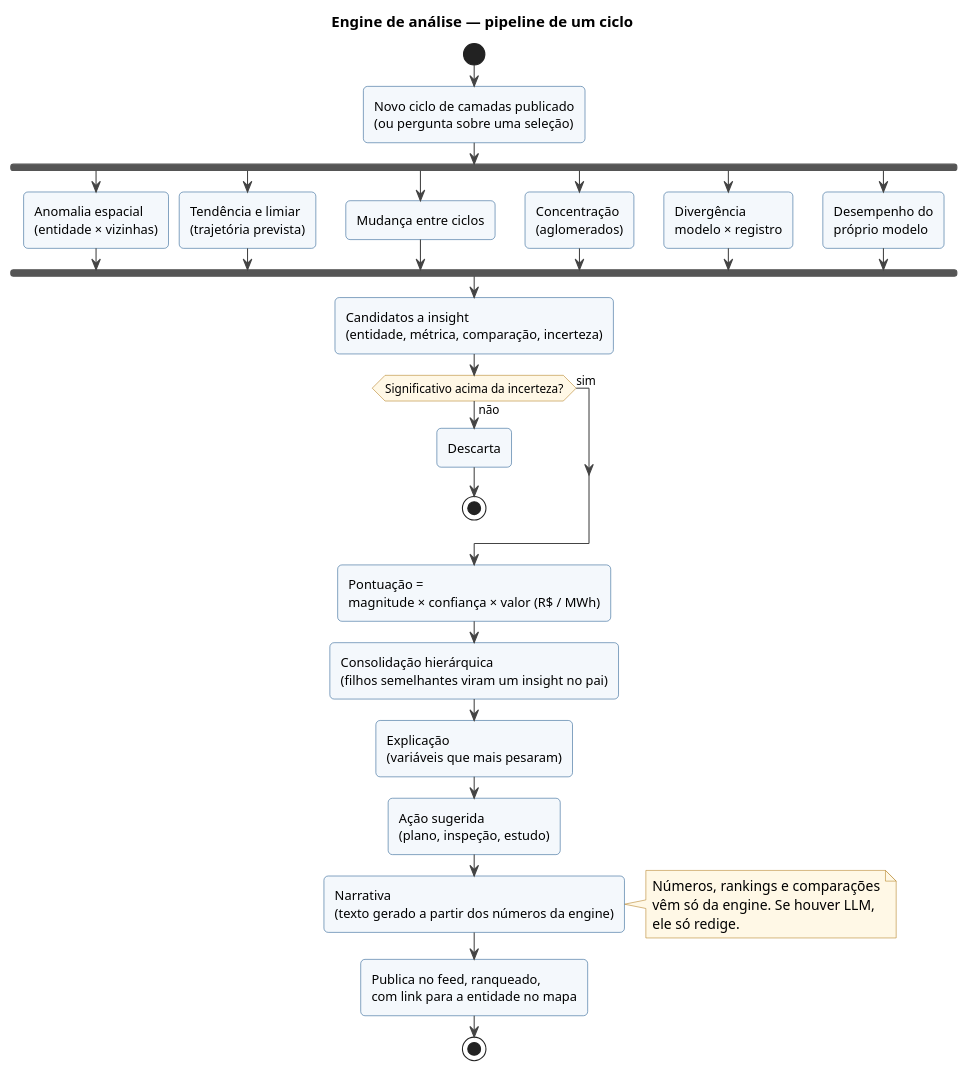
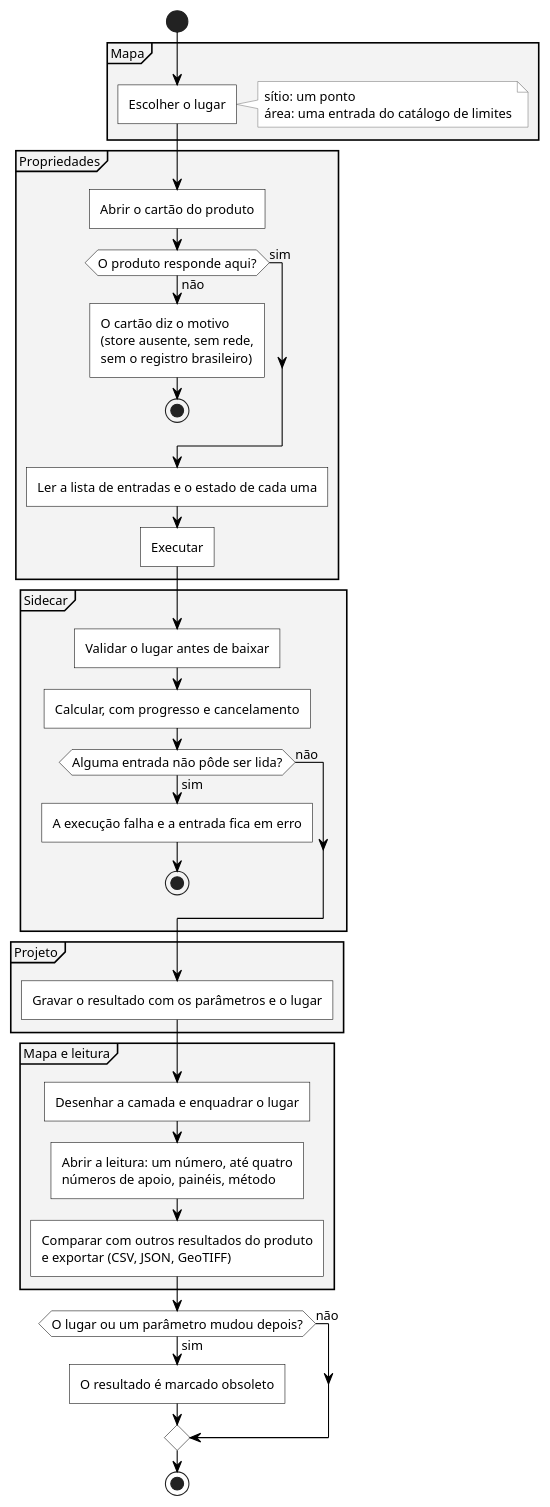
The second of 2 diagrams in docs/product/diagrams/plataforma-mapa.puml (rexionmars/lucertae-research), drawn with PlantUML before and after one commit. The commit also changed other lines of this file and 172 other files, not shown here.

```diff
--- a/docs/product/diagrams/plataforma-mapa.puml
+++ b/docs/product/diagrams/plataforma-mapa.puml
@@ -214,72 +105,62 @@
-@startuml engine-insights
-title Engine de análise — pipeline de um ciclo
-
+@startuml fluxo-leitura
 skinparam defaultFontName Helvetica
+skinparam defaultFontSize 12
 skinparam shadowing false
-skinparam roundcorner 8
-skinparam ArrowColor #444444
+skinparam roundcorner 0
+skinparam ArrowColor #000000
 skinparam activity {
-  BackgroundColor #F4F8FC
-  BorderColor #1C568C
-  DiamondBackgroundColor #FFF8E6
-  DiamondBorderColor #B07A1A
+  BackgroundColor #FFFFFF
+  BorderColor #000000
+  DiamondBackgroundColor #FFFFFF
+  DiamondBorderColor #000000
 }
-skinparam NoteBackgroundColor #FFF8E6
-skinparam NoteBorderColor #B07A1A
+skinparam partition {
+  BackgroundColor #F3F3F3
+  BorderColor #000000
+}
+skinparam note {
+  BackgroundColor #FFFFFF
+  BorderColor #777777
+}
 
 start
-:Novo ciclo de camadas publicado
-(ou pergunta sobre uma seleção);
-
-fork
-  :Anomalia espacial
-  (entidade × vizinhas);
-fork again
-  :Tendência e limiar
-  (trajetória prevista);
-fork again
-  :Mudança entre ciclos;
-fork again
-  :Concentração
-  (aglomerados);
-fork again
-  :Divergência
-  modelo × registro;
-fork again
-  :Desempenho do
-  próprio modelo;
-end fork
-
-:Candidatos a insight
-(entidade, métrica, comparação, incerteza);
-
-if (Significativo acima da incerteza?) then (não)
-  :Descarta;
-  stop
-else (sim)
+partition "Mapa" {
+  :Escolher o lugar;
+  note right
+    sítio: um ponto
+    área: uma entrada do catálogo de limites
+  end note
+}
+partition "Propriedades" {
+  :Abrir o cartão do produto;
+  if (O produto responde aqui?) then (não)
+    :O cartão diz o motivo\n(store ausente, sem rede,\nsem o registro brasileiro);
+    stop
+  else (sim)
+  endif
+  :Ler a lista de entradas e o estado de cada uma;
+  :Executar;
+}
+partition "Sidecar" {
+  :Validar o lugar antes de baixar;
+  :Calcular, com progresso e cancelamento;
+  if (Alguma entrada não pôde ser lida?) then (sim)
+    :A execução falha e a entrada fica em erro;
+    stop
+  else (não)
+  endif
+}
+partition "Projeto" {
+  :Gravar o resultado com os parâmetros e o lugar;
+}
+partition "Mapa e leitura" {
+  :Desenhar a camada e enquadrar o lugar;
+  :Abrir a leitura: um número, até quatro\nnúmeros de apoio, painéis, método;
+  :Comparar com outros resultados do produto\ne exportar (CSV, JSON, GeoTIFF);
+}
+if (O lugar ou um parâmetro mudou depois?) then (sim)
+  :O resultado é marcado obsoleto;
+else (não)
 endif
-
-:Pontuação =
-magnitude × confiança × valor (R$ / MWh);
-
-:Consolidação hierárquica
-(filhos semelhantes viram um insight no pai);
-
-:Explicação
-(variáveis que mais pesaram);
-
-:Ação sugerida
-(plano, inspeção, estudo);
-
-:Narrativa
-(texto gerado a partir dos números da engine);
-note right
-  Números, rankings e comparações
-  vêm só da engine. Se houver LLM,
-  ele só redige.
-end note
-
-:Publica no feed, ranqueado,
-com link para a entidade no mapa;
 stop
 @enduml
```
